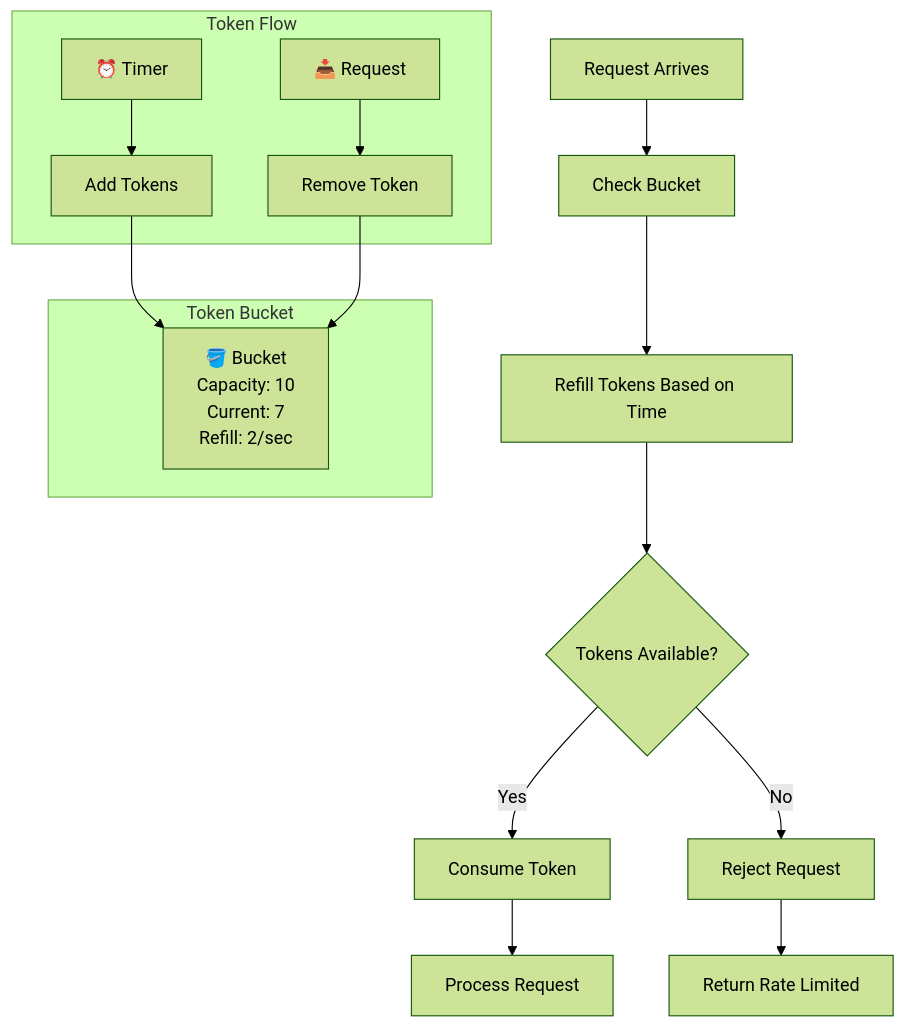
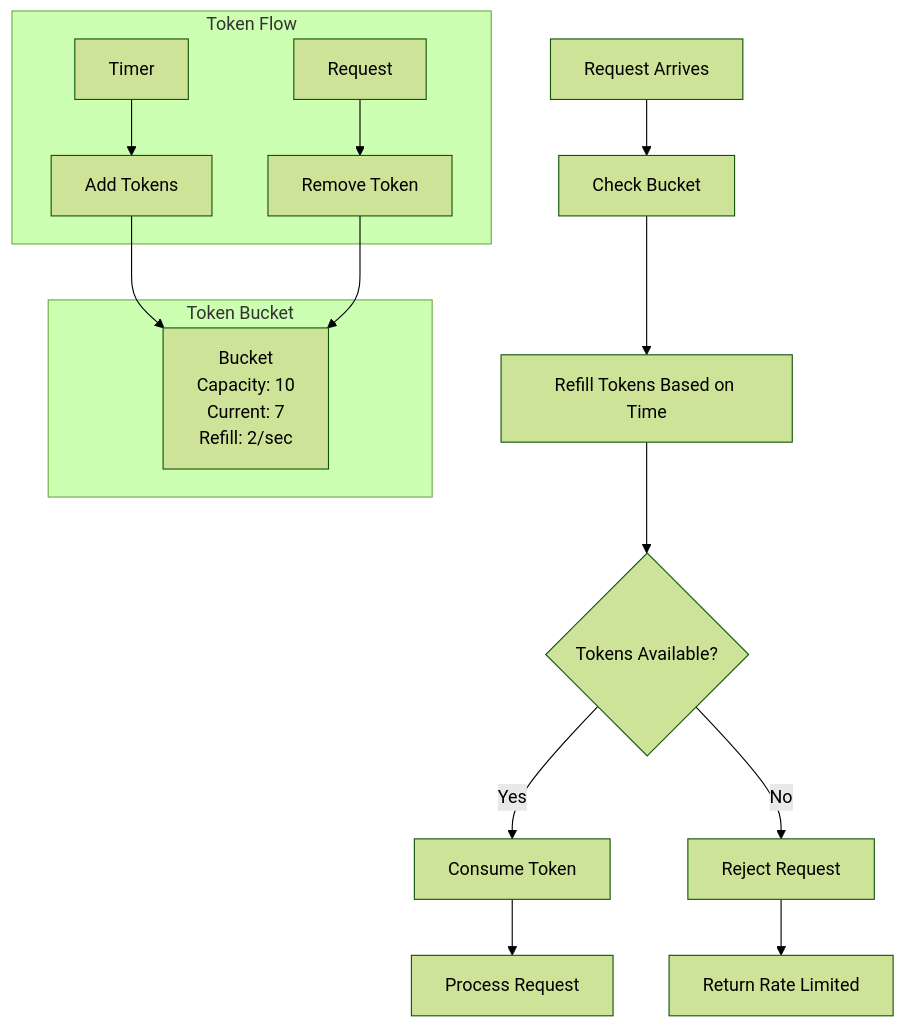
Before and after one commit to mythxn/dojo.py: the second of 7 diagrams in day-1/problem-1-rate-limiter/README.md, drawn with Mermaid (forest theme). The commit also changed other lines of this file and 6 other files, not shown here.

First line of the commit message:
Fix all Mermaid syntax errors across README files

````diff
--- a/day-1/problem-1-rate-limiter/README.md
+++ b/day-1/problem-1-rate-limiter/README.md
@@ -30,21 +30,21 @@
 ```mermaid
 graph TB
     A[Request Arrives] --> B[Check Bucket]
     B --> C[Refill Tokens Based on Time]
     C --> D{Tokens Available?}
     D -->|Yes| E[Consume Token]
     D -->|No| F[Reject Request]
     E --> G[Process Request]
     F --> H[Return Rate Limited]
     
     subgraph "Token Bucket"
-    I[🪣 Bucket<br/>Capacity: 10<br/>Current: 7<br/>Refill: 2/sec]
+    I[Bucket<br/>Capacity: 10<br/>Current: 7<br/>Refill: 2/sec]
     end
     
     subgraph "Token Flow"
-    J[⏰ Timer] --> K[Add Tokens]
+    J[Timer] --> K[Add Tokens]
     K --> I
-    L[📥 Request] --> M[Remove Token]
+    L[Request] --> M[Remove Token]
     M --> I
     end
 ```
````
